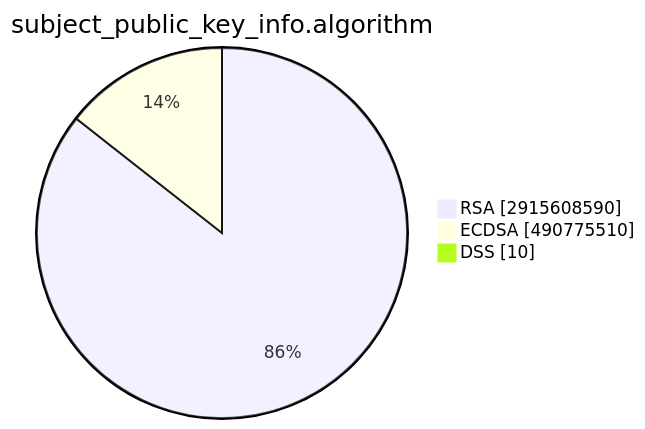
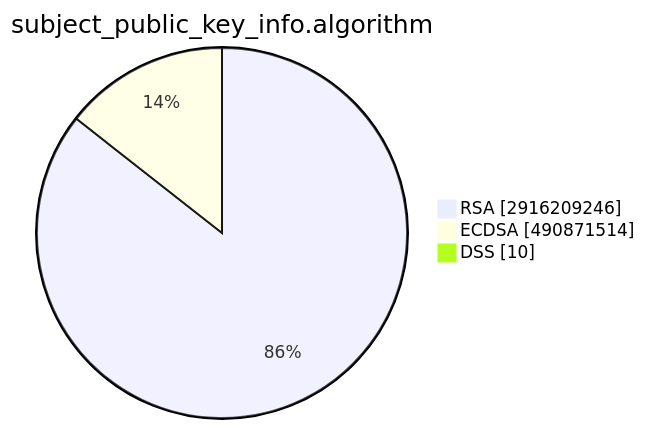
Before and after one commit to christiankrug/ctmonitor_visualization: the second of 15 diagrams in TOTAL/README.md, drawn with Mermaid. The commit also changed other lines of this file, not shown here.

````diff
--- a/TOTAL/README.md
+++ b/TOTAL/README.md
@@ -6,7 +6,7 @@
 ```mermaid
 pie showData
 title subject_public_key_info.algorithm
-"RSA" :2915608590
-"ECDSA" :490775510
+"RSA" :2916209246
+"ECDSA" :490871514
 "DSS" :10
 ```
````
